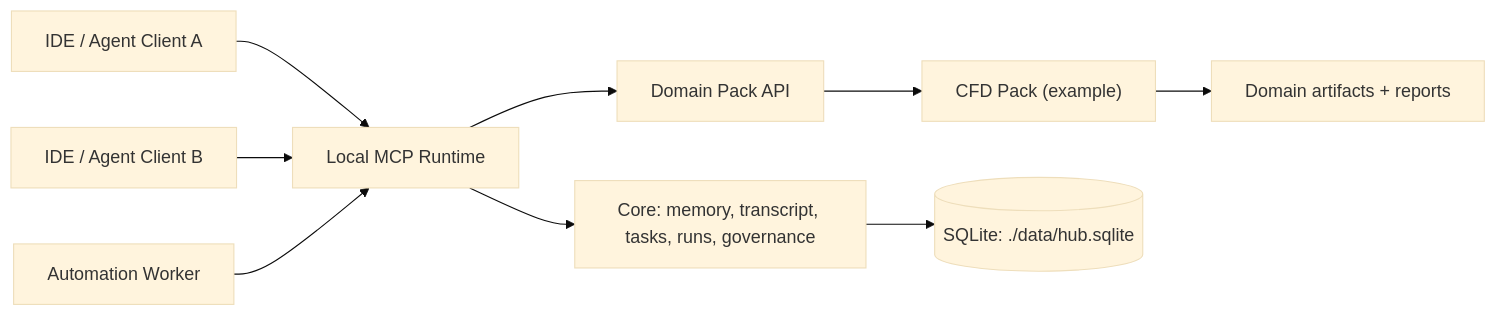
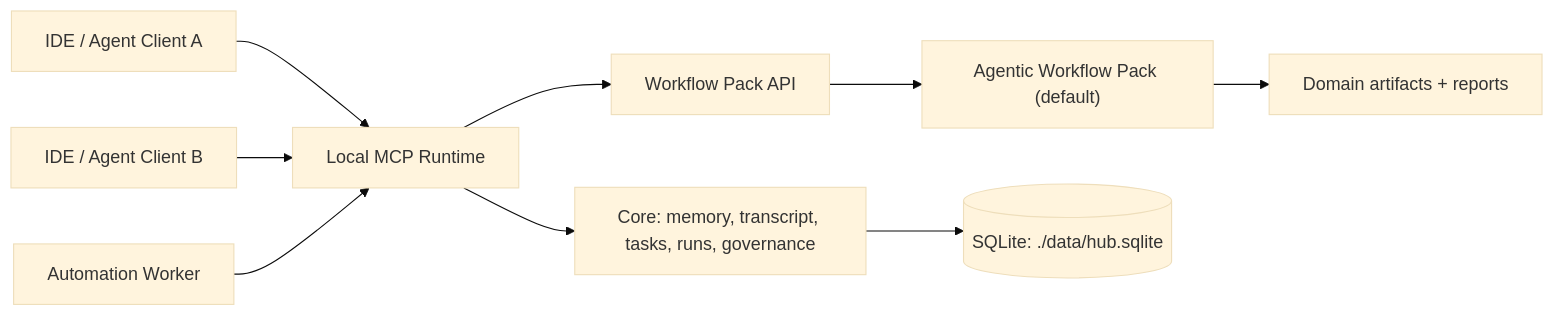
Before and after one commit to driverd12/MASTER-MOLD: the diagram in README.md, drawn with Mermaid (base theme). The commit also changed other lines of this file and 17 other files, not shown here.

Commit message:
Replace CFD pack with default agentic workflow hooks

````diff
--- a/README.md
+++ b/README.md
@@ -36,13 +36,13 @@
 ```mermaid
 flowchart LR
   A["IDE / Agent Client A"] --> D["Local MCP Runtime"]
   B["IDE / Agent Client B"] --> D
   C["Automation Worker"] --> D
 
   D --> E["Core: memory, transcript, tasks, runs, governance"]
-  D --> F["Domain Pack API"]
-  F --> G["CFD Pack (example)"]
+  D --> F["Workflow Pack API"]
+  F --> G["Agentic Workflow Pack (default)"]
 
   E --> H[("SQLite: ./data/hub.sqlite")]
   G --> I["Domain artifacts + reports"]
 ```
````
